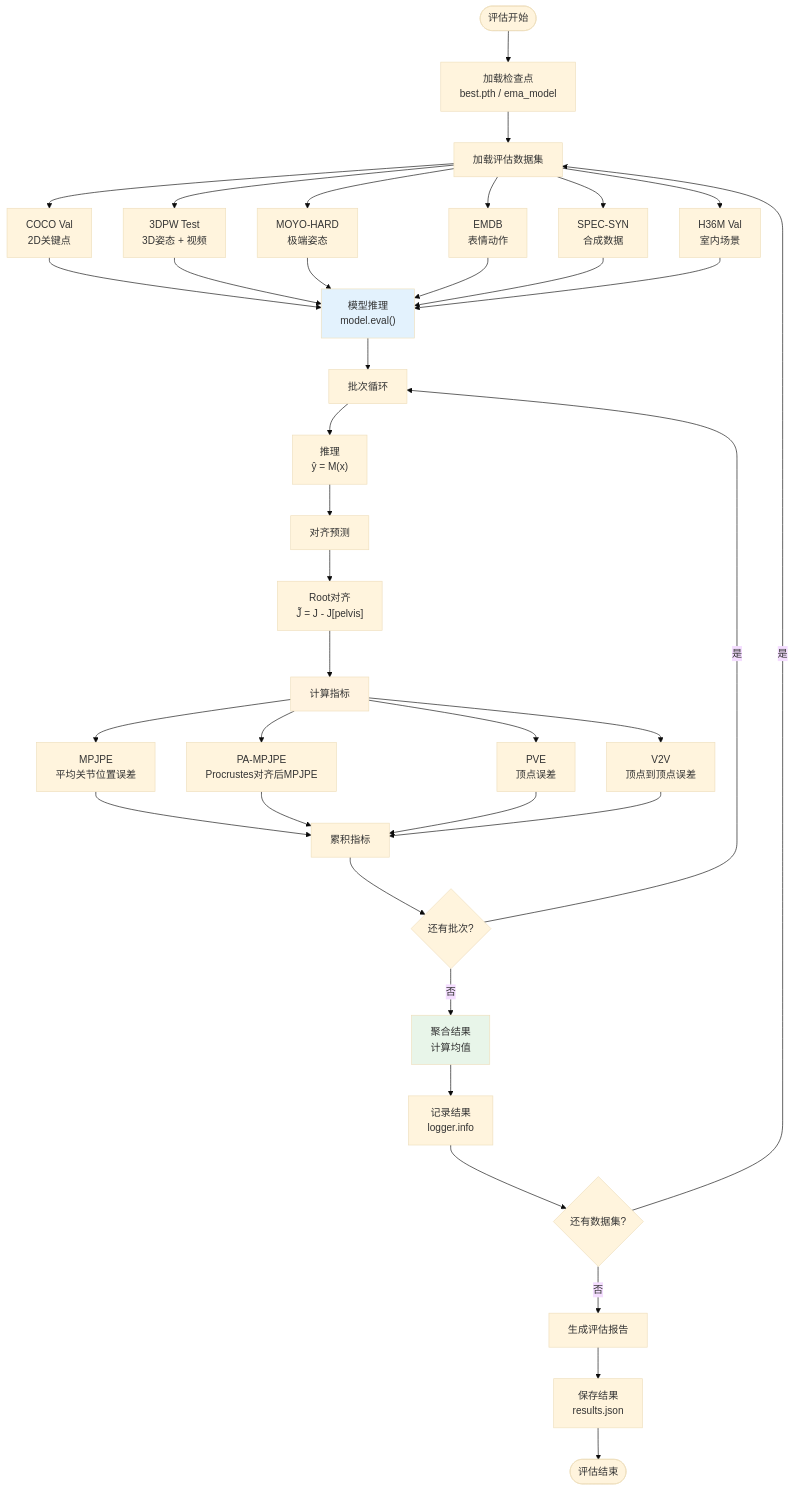
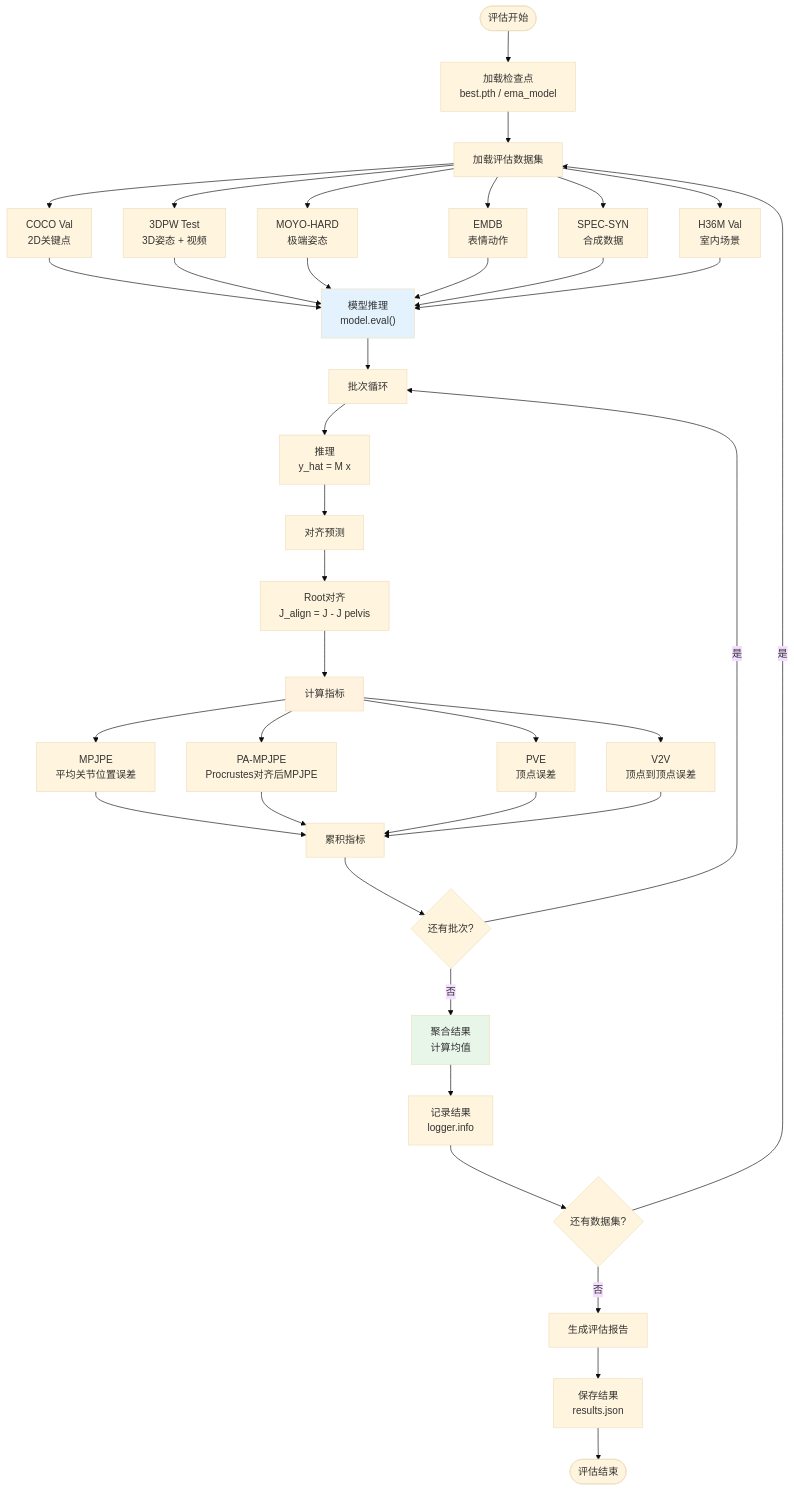
Before and after one commit to xhforever/Bio-OTSR: the seventh of 8 diagrams in docs/ALGORITHM_FLOWCHART.md, drawn with Mermaid (base theme). The commit also changed other lines of this file and 693 other files, not shown here.

````diff
--- a/docs/ALGORITHM_FLOWCHART.md
+++ b/docs/ALGORITHM_FLOWCHART.md
@@ -804,60 +804,60 @@
 ```mermaid
 flowchart TB
     EvalStart([评估开始]) --> LoadCheckpoint["加载检查点<br/>best.pth / ema_model"]
     
     LoadCheckpoint --> LoadDatasets["加载评估数据集"]
     
     LoadDatasets --> DS1["COCO Val<br/>2D关键点"]
     LoadDatasets --> DS2["3DPW Test<br/>3D姿态 + 视频"]
     LoadDatasets --> DS3["MOYO-HARD<br/>极端姿态"]
     LoadDatasets --> DS4["EMDB<br/>表情动作"]
     LoadDatasets --> DS5["SPEC-SYN<br/>合成数据"]
     LoadDatasets --> DS6["H36M Val<br/>室内场景"]
     
     DS1 --> ModelInference["模型推理<br/>model.eval()"]
     DS2 --> ModelInference
     DS3 --> ModelInference
     DS4 --> ModelInference
     DS5 --> ModelInference
     DS6 --> ModelInference
     
     ModelInference --> ForEachBatch["批次循环"]
     
-    ForEachBatch --> InferBatch["推理<br/>ŷ = M(x)"]
+    ForEachBatch --> InferBatch["推理<br/>y_hat = M x"]
     
     InferBatch --> AlignPrediction["对齐预测"]
     
-    AlignPrediction --> RootAlign["Root对齐<br/>J̃ = J - J[pelvis]"]
+    AlignPrediction --> RootAlign["Root对齐<br/>J_align = J - J pelvis"]
     
     RootAlign --> ComputeMetrics["计算指标"]
     
     ComputeMetrics --> MPJPE["MPJPE<br/>平均关节位置误差"]
     ComputeMetrics --> PAMPJPE["PA-MPJPE<br/>Procrustes对齐后MPJPE"]
     ComputeMetrics --> PVE["PVE<br/>顶点误差"]
     ComputeMetrics --> V2V["V2V<br/>顶点到顶点误差"]
     
     MPJPE --> Accumulate["累积指标"]
     PAMPJPE --> Accumulate
     PVE --> Accumulate
     V2V --> Accumulate
     
     Accumulate --> CheckMoreBatch{还有批次?}
     
     CheckMoreBatch -->|是| ForEachBatch
     CheckMoreBatch -->|否| AggregateResults["聚合结果<br/>计算均值"]
     
     AggregateResults --> LogResults["记录结果<br/>logger.info"]
     
     LogResults --> CheckMoreDataset{还有数据集?}
     
     CheckMoreDataset -->|是| LoadDatasets
     CheckMoreDataset -->|否| GenerateReport["生成评估报告"]
     
     GenerateReport --> SaveResults["保存结果<br/>results.json"]
     
     SaveResults --> EvalEnd([评估结束])
     
     style ModelInference fill:#e3f2fd
     style ComputeMetrics fill:#fff3e0
     style AggregateResults fill:#e8f5e9
 ```
````
